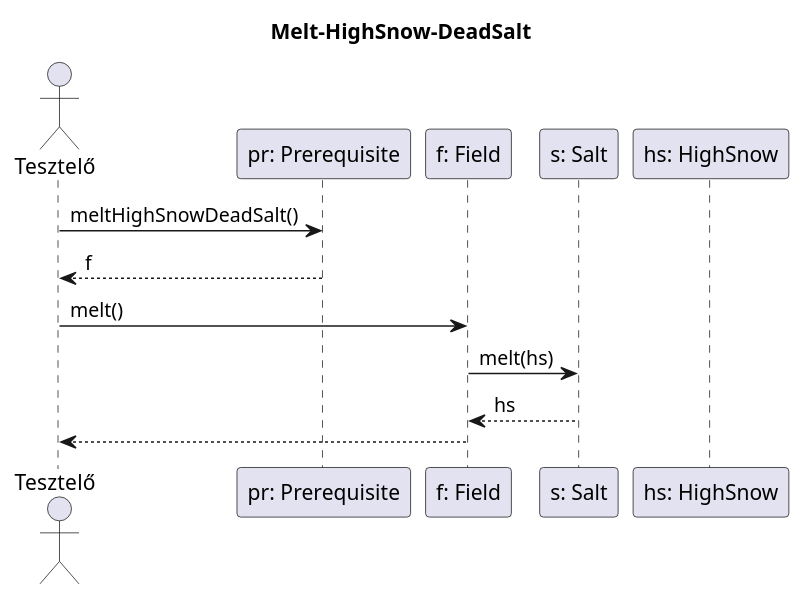
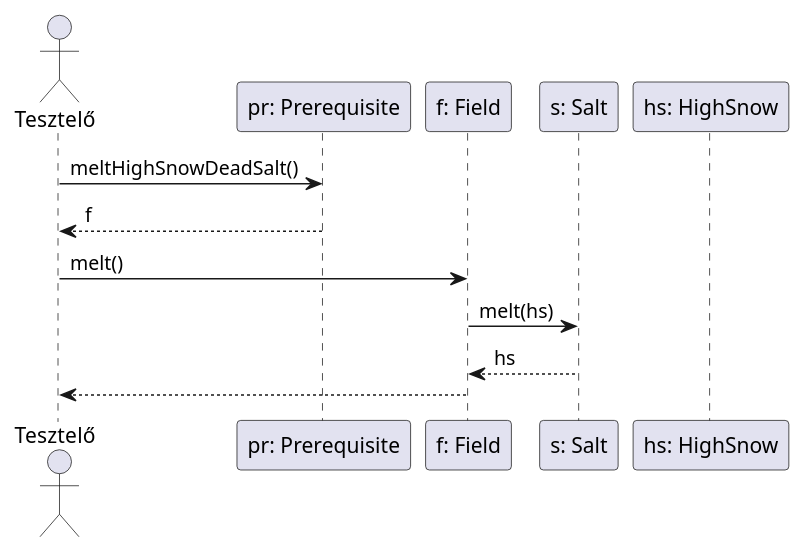
One commit to uhrinandor/spring changed the diagram in docs/skeleton/layermelt/melthighsnowdeadsalt.plantuml. Above: the diagram before and after it, drawn with PlantUML. The commit also changed 8 other files, not shown here.

```diff
--- a/docs/skeleton/layermelt/melthighsnowdeadsalt.plantuml
+++ b/docs/skeleton/layermelt/melthighsnowdeadsalt.plantuml
@@ -1,19 +1,17 @@
 @startuml
-title Melt-HighSnow-DeadSalt
-
 actor "Tesztelő" as tester
 participant "pr: Prerequisite" as preq
 participant "f: Field" as field
 participant "s: Salt" as salt
 participant "hs: HighSnow" as layer
 
 tester -> preq: meltHighSnowDeadSalt()
 preq --> tester: f
 tester -> field: melt()
 
 field -> salt: melt(hs)
 
 salt --> field: hs
 
 field --> tester:
 @enduml
```
